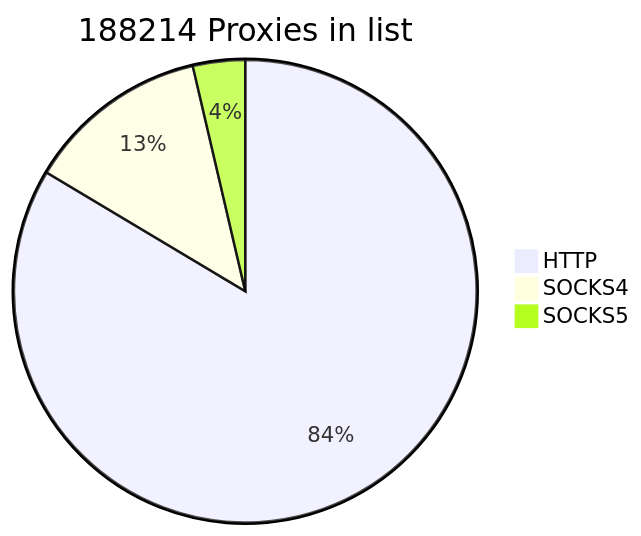
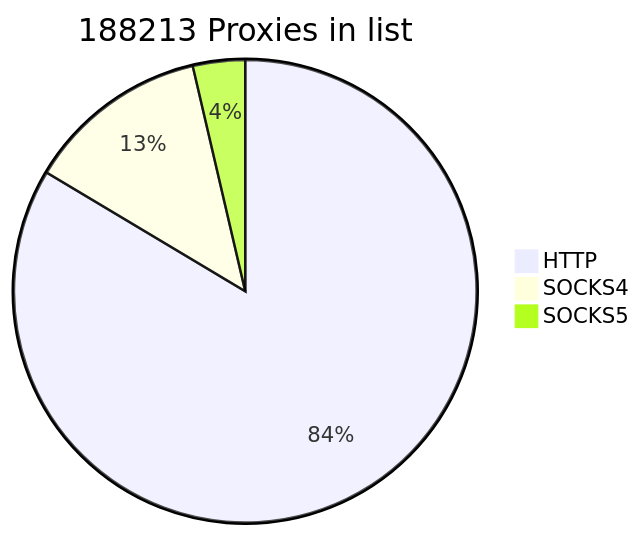
The first of 2 diagrams in README.md (cutipu/proxylist), drawn with Mermaid before and after one commit. The commit also changed other lines of this file, not shown here.

````diff
--- a/README.md
+++ b/README.md
@@ -2,7 +2,7 @@
 ```mermaid
-pie title 188214 Proxies in list
-    "HTTP" : 157298
+pie title 188213 Proxies in list
+    "HTTP" : 157297
     "SOCKS4" : 24053
     "SOCKS5" : 6863
             
 ```
````
